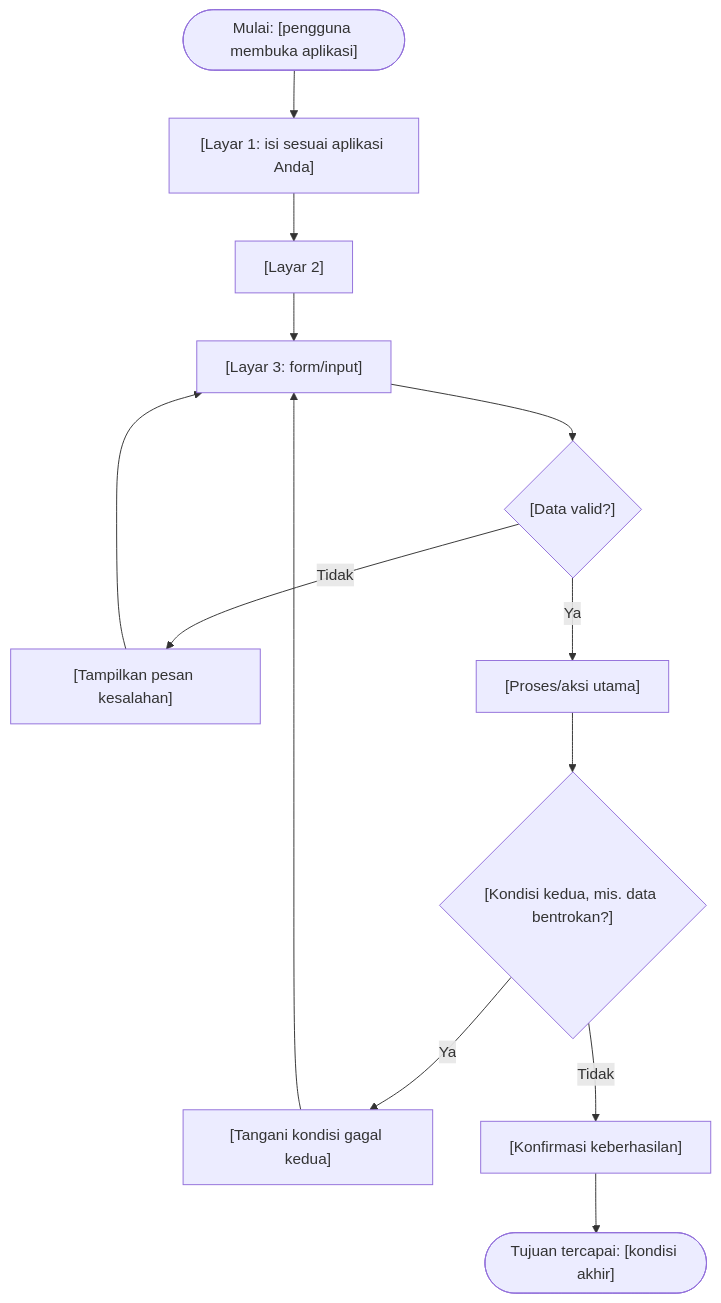
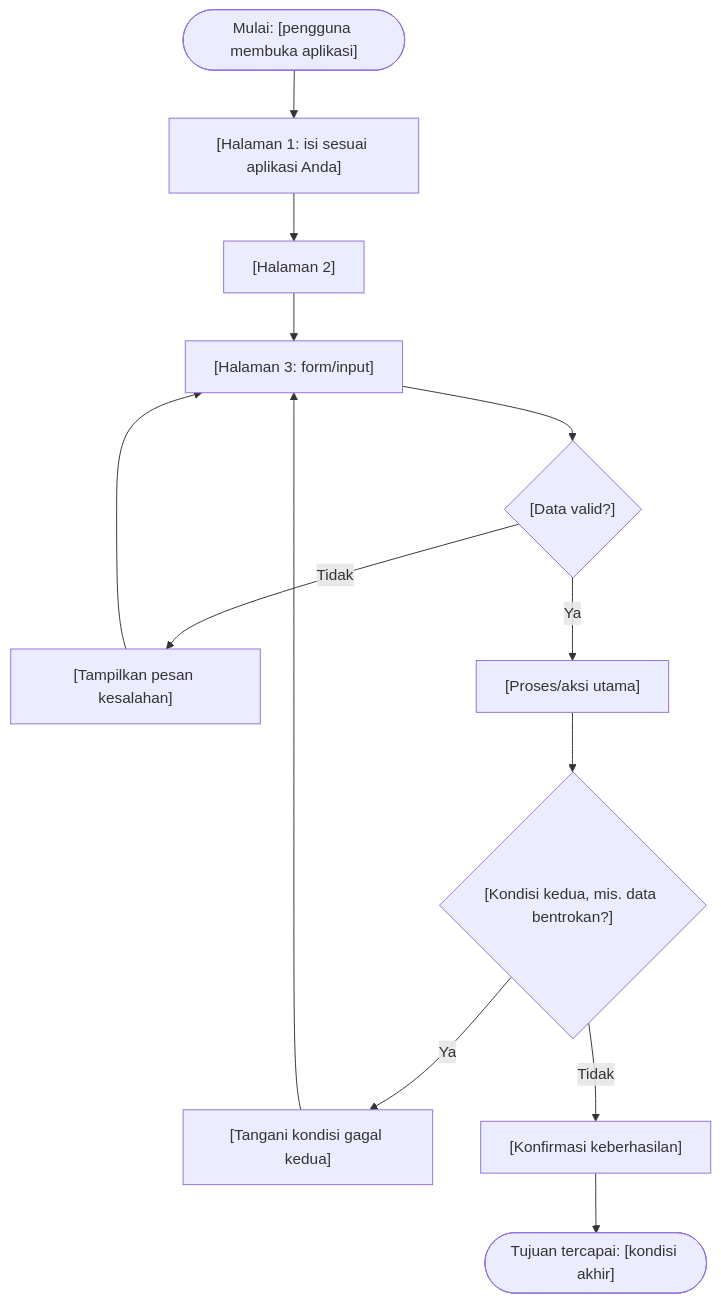
Before and after one commit to PBWFEND/PAB: the diagram in pertemuan-04/template-user-flow.md, drawn with Mermaid. The commit also changed other lines of this file and 3 other files, not shown here.

Commit message:
Update documentation terminology: replace 'layar' with 'halaman' for consistency in user flow and requirement mapping sections

````diff
--- a/pertemuan-04/template-user-flow.md
+++ b/pertemuan-04/template-user-flow.md
@@ -21,15 +21,15 @@
 ```mermaid
 flowchart TD
-    S(["Mulai: [pengguna membuka aplikasi]"]) --> A["[Layar 1: isi sesuai aplikasi Anda]"]
-    A --> B["[Layar 2]"]
-    B --> C["[Layar 3: form/input]"]
+    S(["Mulai: [pengguna membuka aplikasi]"]) --> A["[Halaman 1: isi sesuai aplikasi Anda]"]
+    A --> B["[Halaman 2]"]
+    B --> C["[Halaman 3: form/input]"]
     C --> D{"[Data valid?]"}
     D -- "Tidak" --> E["[Tampilkan pesan kesalahan]"]
     E --> C
     D -- "Ya" --> F["[Proses/aksi utama]"]
     F --> G{"[Kondisi kedua, mis. data bentrokan?]"}
     G -- "Ya" --> H["[Tangani kondisi gagal kedua]"]
     H --> C
     G -- "Tidak" --> I["[Konfirmasi keberhasilan]"]
     I --> T(["Tujuan tercapai: [kondisi akhir]"])
 ```
````
